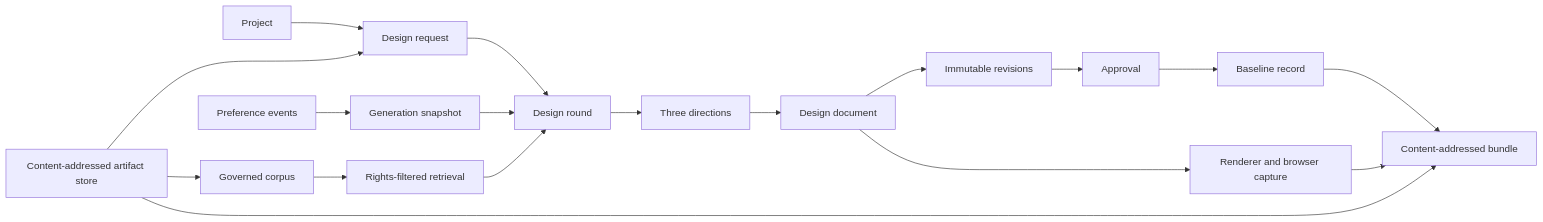
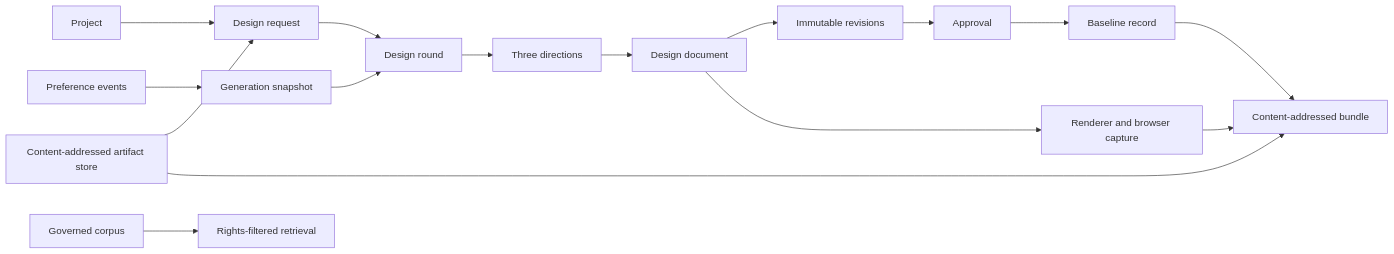
Before and after one commit to datrab/kubeclaw: the diagram in docs/site/understand/prism-data.md, drawn with Mermaid. The commit also changed other lines of this file and 8 other files, not shown here.

````diff
--- a/docs/site/understand/prism-data.md
+++ b/docs/site/understand/prism-data.md
@@ -29,20 +29,18 @@
 ```mermaid
 flowchart LR
     Project[Project] --> Request[Design request]
     Request --> Round[Design round]
     Round --> Direction[Three directions]
     Direction --> Document[Design document]
     Document --> Revision[Immutable revisions]
     Revision --> Approval[Approval]
     Approval --> Baseline[Baseline record]
     Baseline --> Bundle[Content-addressed bundle]
     Preference[Preference events] --> Snapshot[Generation snapshot]
     Snapshot --> Round
     Corpus[Governed corpus] --> Retrieval[Rights-filtered retrieval]
-    Retrieval --> Round
     Document --> Renderer[Renderer and browser capture]
     Renderer --> Bundle
     ArtifactStore[Content-addressed artifact store] --> Request
-    ArtifactStore --> Corpus
     ArtifactStore --> Bundle
 ```
````
